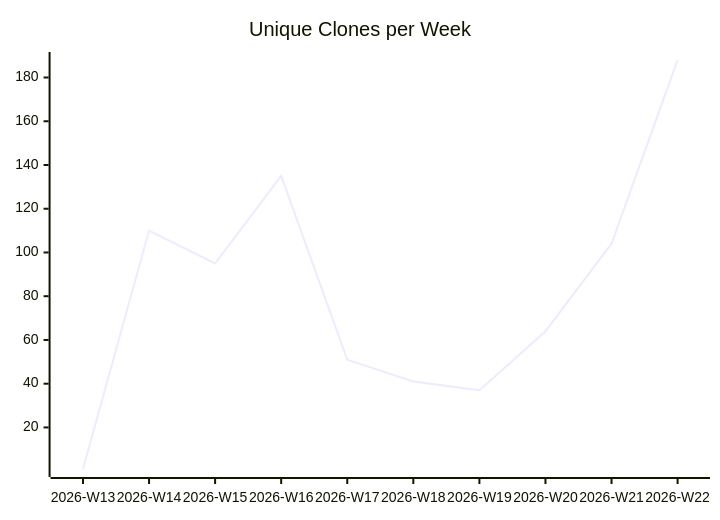
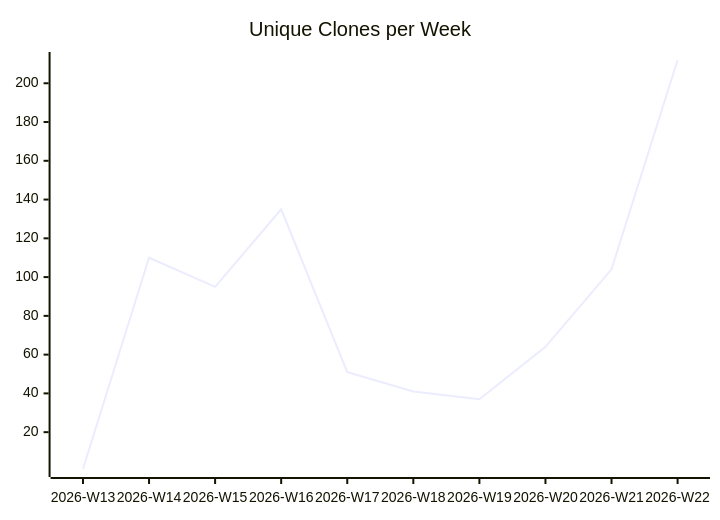
Before and after one commit to justdavis-family/github-analytics-data: the third of 3 diagrams in justdavis-family/justdavis/README.md, drawn with Mermaid. The commit also changed other lines of this file and 189 other files, not shown here.

````diff
--- a/justdavis-family/justdavis/README.md
+++ b/justdavis-family/justdavis/README.md
@@ -19,6 +19,6 @@
 ```mermaid
 xychart-beta
   title "Unique Clones per Week"
   x-axis ["2026-W13", "2026-W14", "2026-W15", "2026-W16", "2026-W17", "2026-W18", "2026-W19", "2026-W20", "2026-W21", "2026-W22"]
-  line [1, 110, 95, 135, 51, 41, 37, 64, 104, 188]
+  line [1, 110, 95, 135, 51, 41, 37, 64, 104, 212]
 ```
````
